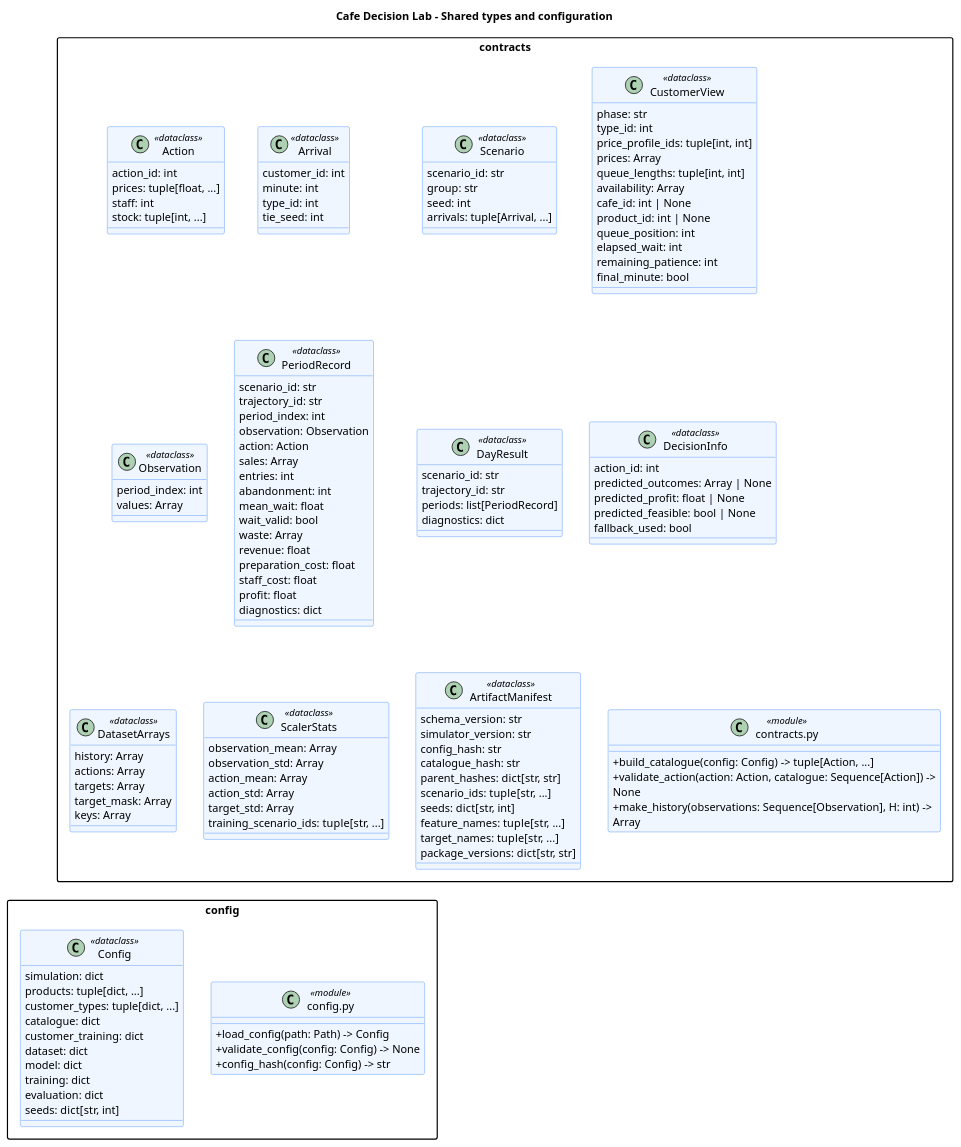
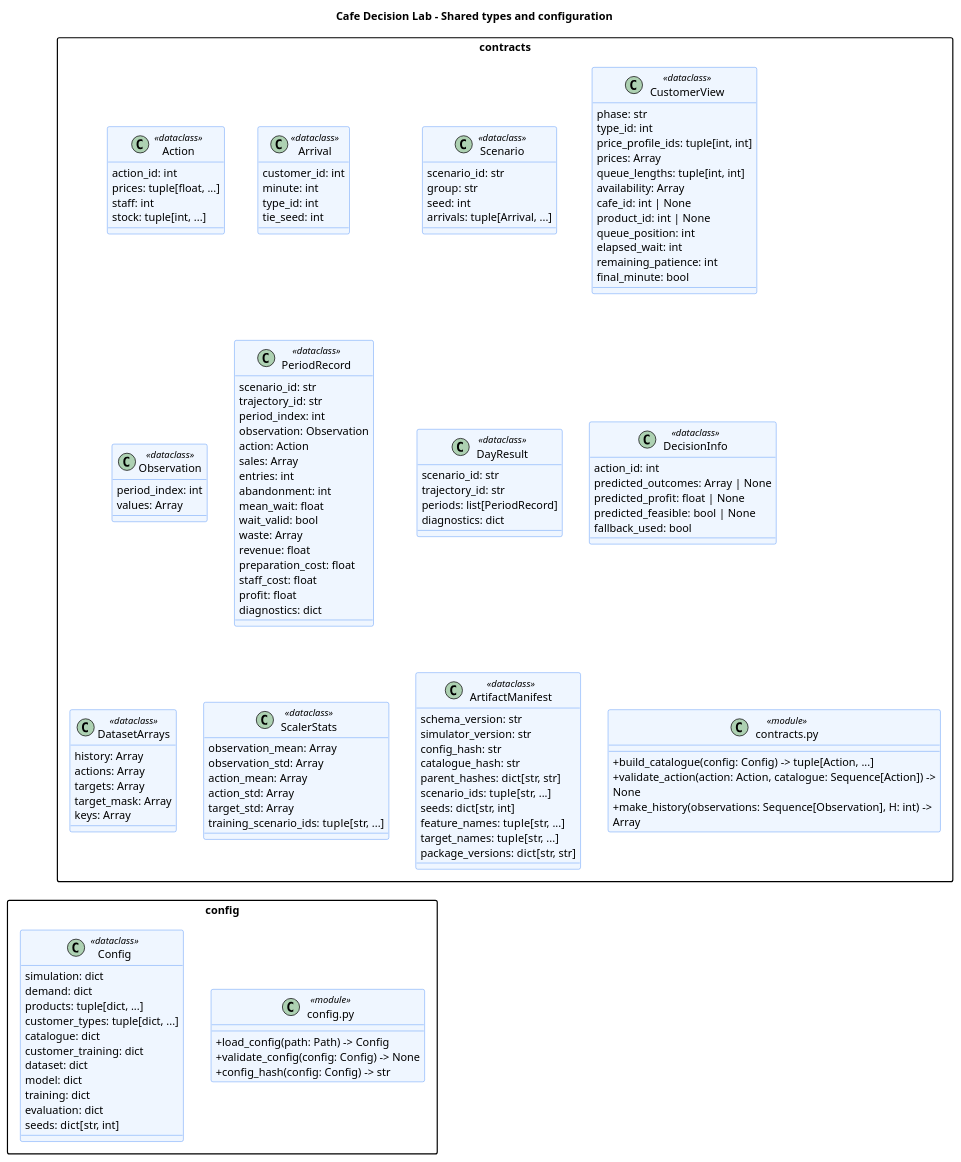
The diagram in docs/architecture/diagrams/src/contracts_api.puml (enzo-dosanjos/cafe-decision-lab), drawn with PlantUML before and after one commit. The commit also changed 15 other files, not shown here.

```diff
--- a/docs/architecture/diagrams/src/contracts_api.puml
+++ b/docs/architecture/diagrams/src/contracts_api.puml
@@ -1,153 +1,154 @@
 @startuml contracts_api
 title Cafe Decision Lab - Shared types and configuration
 top to bottom direction
 skinparam shadowing false
 skinparam defaultFontName SansSerif
 skinparam classAttributeIconSize 0
 skinparam packageStyle rectangle
 skinparam classBackgroundColor #EFF6FF
 skinparam classBorderColor #3B82F6
 skinparam ArrowColor #475569
 skinparam wrapWidth 420
 
 package "contracts" as pkg_contracts {
 class "Action" as contracts_Action <<dataclass>> {
   action_id: int
   prices: tuple[float, ...]
   staff: int
   stock: tuple[int, ...]
 }
 class "Arrival" as contracts_Arrival <<dataclass>> {
   customer_id: int
   minute: int
   type_id: int
   tie_seed: int
 }
 class "Scenario" as contracts_Scenario <<dataclass>> {
   scenario_id: str
   group: str
   seed: int
   arrivals: tuple[Arrival, ...]
 }
 class "CustomerView" as contracts_CustomerView <<dataclass>> {
   phase: str
   type_id: int
   price_profile_ids: tuple[int, int]
   prices: Array
   queue_lengths: tuple[int, int]
   availability: Array
   cafe_id: int | None
   product_id: int | None
   queue_position: int
   elapsed_wait: int
   remaining_patience: int
   final_minute: bool
 }
 class "Observation" as contracts_Observation <<dataclass>> {
   period_index: int
   values: Array
 }
 class "PeriodRecord" as contracts_PeriodRecord <<dataclass>> {
   scenario_id: str
   trajectory_id: str
   period_index: int
   observation: Observation
   action: Action
   sales: Array
   entries: int
   abandonment: int
   mean_wait: float
   wait_valid: bool
   waste: Array
   revenue: float
   preparation_cost: float
   staff_cost: float
   profit: float
   diagnostics: dict
 }
 class "DayResult" as contracts_DayResult <<dataclass>> {
   scenario_id: str
   trajectory_id: str
   periods: list[PeriodRecord]
   diagnostics: dict
 }
 class "DecisionInfo" as contracts_DecisionInfo <<dataclass>> {
   action_id: int
   predicted_outcomes: Array | None
   predicted_profit: float | None
   predicted_feasible: bool | None
   fallback_used: bool
 }
 class "DatasetArrays" as contracts_DatasetArrays <<dataclass>> {
   history: Array
   actions: Array
   targets: Array
   target_mask: Array
   keys: Array
 }
 class "ScalerStats" as contracts_ScalerStats <<dataclass>> {
   observation_mean: Array
   observation_std: Array
   action_mean: Array
   action_std: Array
   target_std: Array
   training_scenario_ids: tuple[str, ...]
 }
 class "ArtifactManifest" as contracts_ArtifactManifest <<dataclass>> {
   schema_version: str
   simulator_version: str
   config_hash: str
   catalogue_hash: str
   parent_hashes: dict[str, str]
   scenario_ids: tuple[str, ...]
   seeds: dict[str, int]
   feature_names: tuple[str, ...]
   target_names: tuple[str, ...]
   package_versions: dict[str, str]
 }
 class "contracts.py" as contracts_functions <<module>> {
   + build_catalogue(config: Config) -> tuple[Action, ...]
   + validate_action(action: Action, catalogue: Sequence[Action]) -> None
   + make_history(observations: Sequence[Observation], H: int) -> Array
 }
 }
 package "config" as pkg_config {
 class "Config" as config_Config <<dataclass>> {
   simulation: dict
+  demand: dict
   products: tuple[dict, ...]
   customer_types: tuple[dict, ...]
   catalogue: dict
   customer_training: dict
   dataset: dict
   model: dict
   training: dict
   evaluation: dict
   seeds: dict[str, int]
 }
 class "config.py" as config_functions <<module>> {
   + load_config(path: Path) -> Config
   + validate_config(config: Config) -> None
   + config_hash(config: Config) -> str
 }
 }
 contracts_Action -[hidden]right-> contracts_Arrival
 contracts_Action -[hidden]down-> contracts_Observation
 contracts_Arrival -[hidden]right-> contracts_Scenario
 contracts_Arrival -[hidden]down-> contracts_PeriodRecord
 contracts_Scenario -[hidden]right-> contracts_CustomerView
 contracts_Scenario -[hidden]down-> contracts_DayResult
 contracts_CustomerView -[hidden]down-> contracts_DecisionInfo
 contracts_Observation -[hidden]right-> contracts_PeriodRecord
 contracts_Observation -[hidden]down-> contracts_DatasetArrays
 contracts_PeriodRecord -[hidden]right-> contracts_DayResult
 contracts_PeriodRecord -[hidden]down-> contracts_ScalerStats
 contracts_DayResult -[hidden]right-> contracts_DecisionInfo
 contracts_DayResult -[hidden]down-> contracts_ArtifactManifest
 contracts_DecisionInfo -[hidden]down-> contracts_functions
 contracts_DatasetArrays -[hidden]right-> contracts_ScalerStats
 contracts_DatasetArrays -[hidden]down-> config_Config
 contracts_ScalerStats -[hidden]right-> contracts_ArtifactManifest
 contracts_ScalerStats -[hidden]down-> config_functions
 contracts_ArtifactManifest -[hidden]right-> contracts_functions
 config_Config -[hidden]right-> config_functions
 @enduml
```
